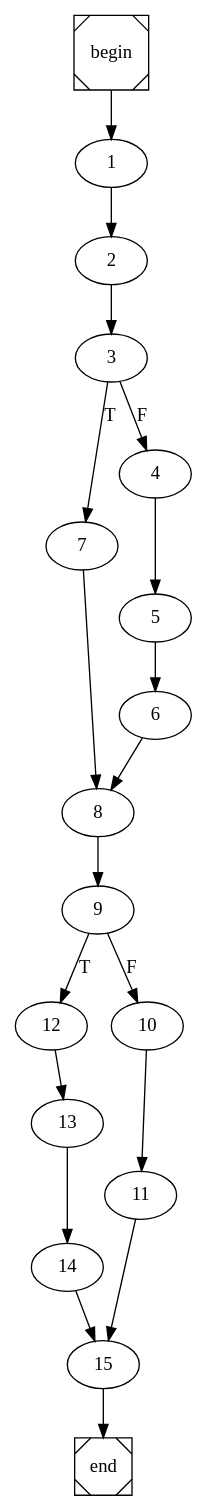
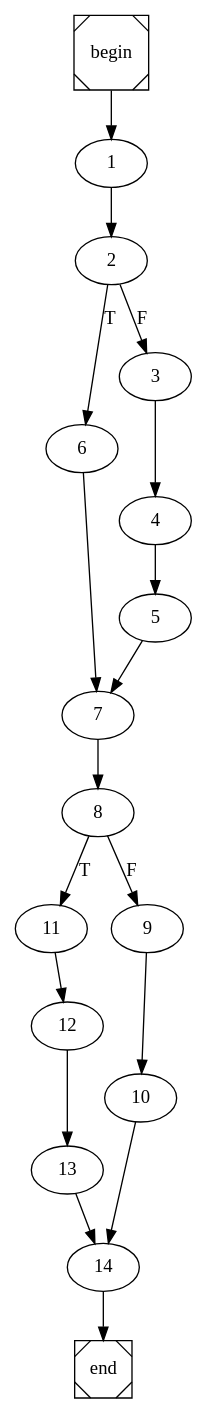
One commit to ivSaav/COMP changed the diagram in quicksort.dot. Above: the diagram before and after it, drawn with Graphviz. The commit also changed 5 other files, not shown here.

```diff
--- a/quicksort.dot
+++ b/quicksort.dot
@@ -1,4 +1,4 @@
 digraph cfg {
 	begin [shape=Msquare];
 	end [shape=Msquare];
-	begin -> 1;	1 -> 2;	2 -> 3;	3 -> 7[label=T];	3 -> 4[label=F];	4 -> 5;	5 -> 6;	6 -> 8;	7 -> 8;	8 -> 9;	9 -> 12[label=T];	9 -> 10[label=F];	10 -> 11;	11 -> 15;	12 -> 13;	13 -> 14;	14 -> 15;	15 -> end;}
+	begin -> 1;	1 -> 2;	2 -> 6[label=T];	2 -> 3[label=F];	3 -> 4;	4 -> 5;	5 -> 7;	6 -> 7;	7 -> 8;	8 -> 11[label=T];	8 -> 9[label=F];	9 -> 10;	10 -> 14;	11 -> 12;	12 -> 13;	13 -> 14;	14 -> end;}
```
